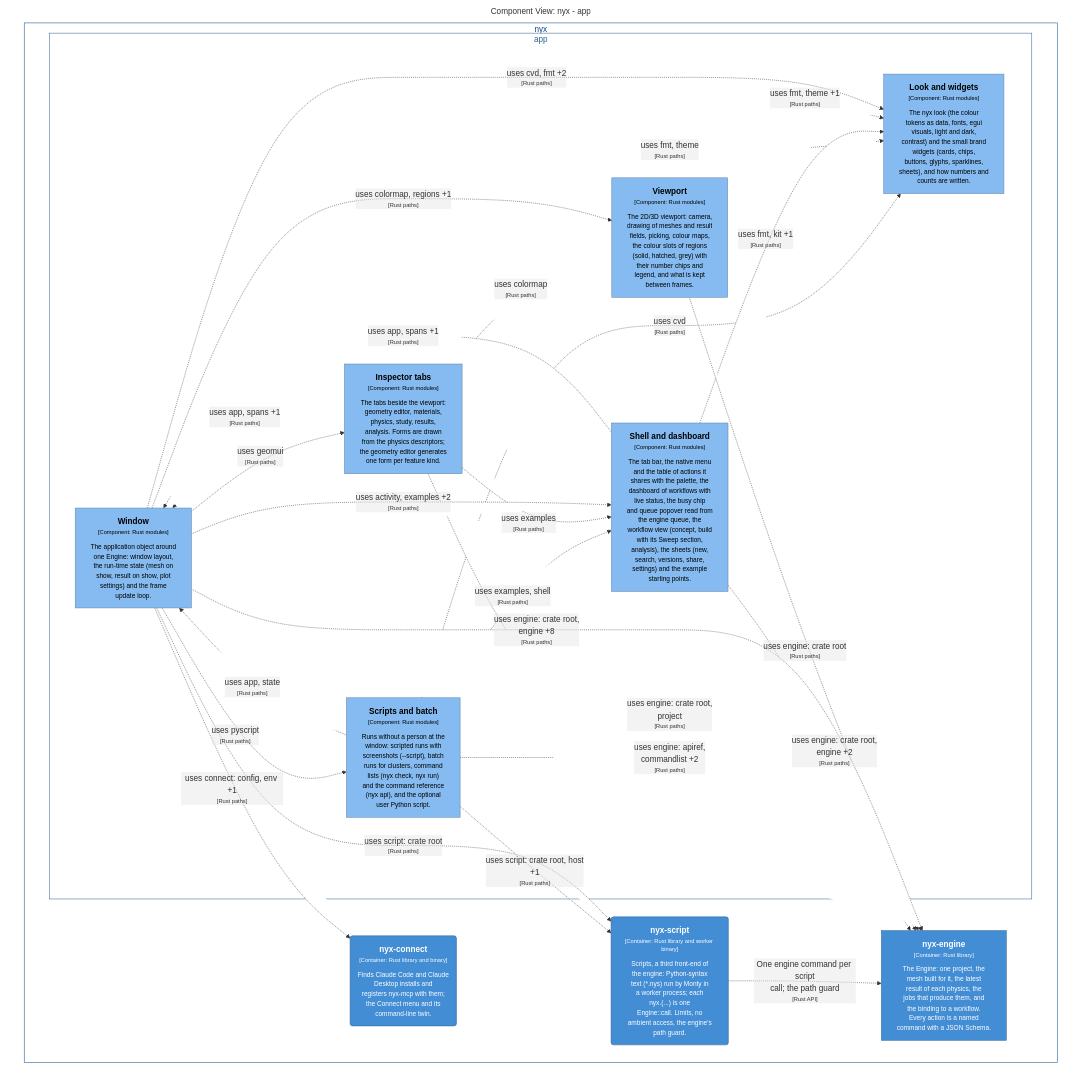
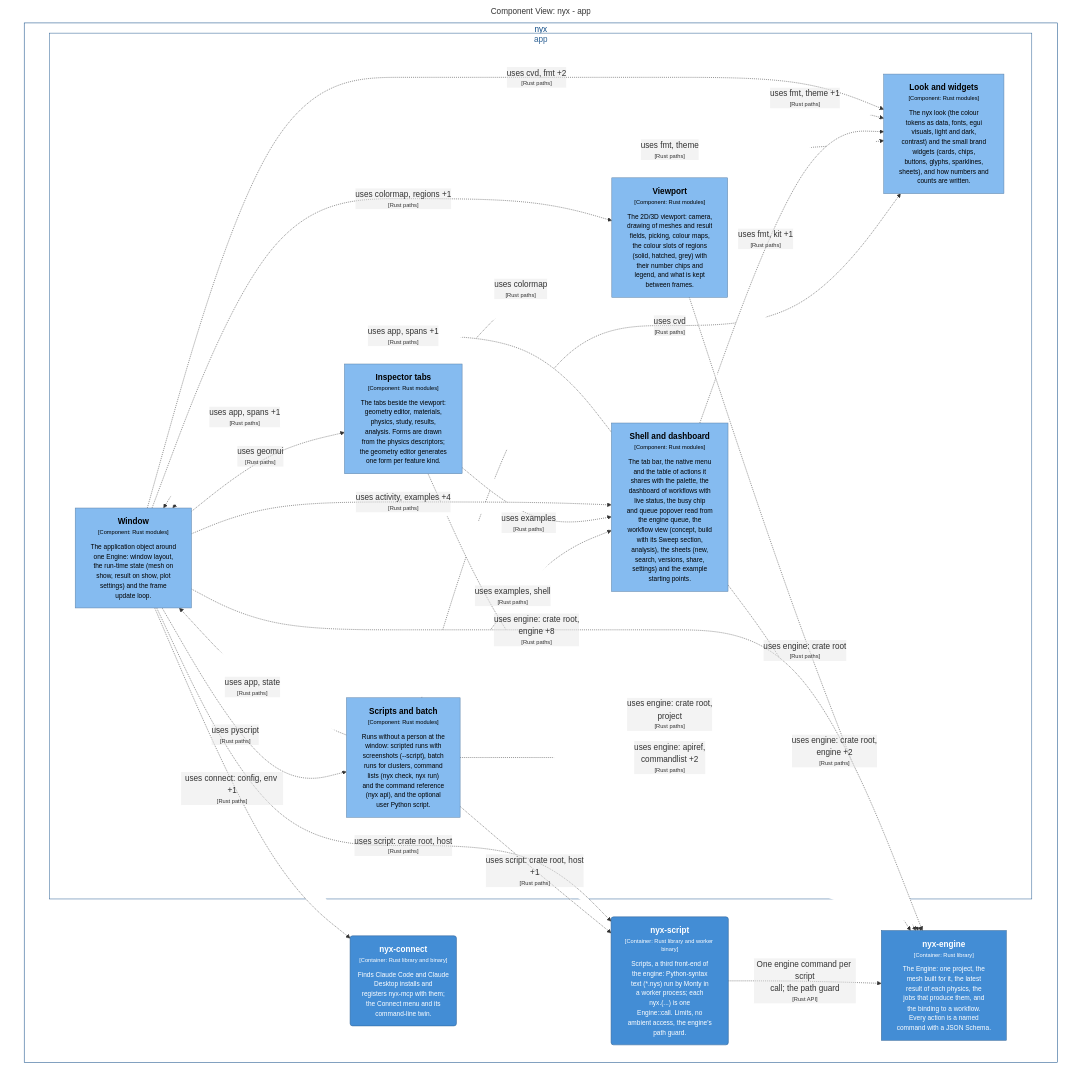
The diagram in docs/architecture/c4/export/mermaid/structurizr-Components_app.mmd (p-j-r/nyx), drawn with Mermaid before and after one commit. The commit also changed 30 other files, not shown here.

```diff
--- a/docs/architecture/c4/export/mermaid/structurizr-Components_app.mmd
+++ b/docs/architecture/c4/export/mermaid/structurizr-Components_app.mmd
@@ -1,60 +1,60 @@
 graph TB
   linkStyle default fill:#ffffff
 
   subgraph diagram ["Component View: nyx - app"]
     style diagram fill:#ffffff,stroke:#ffffff
 
     subgraph 5 ["nyx"]
       style 5 fill:#ffffff,stroke:#0b4884,color:#0b4884
 
       subgraph 6 ["app"]
         style 6 fill:#ffffff,stroke:#2e6295,color:#2e6295
 
         10["<div style='font-weight: bold'>Viewport</div><div style='font-size: 70%; margin-top: 0px'>[Component: Rust modules]</div><div style='font-size: 80%; margin-top:10px'>The 2D/3D viewport: camera,<br />drawing of meshes and result<br />fields, picking, colour maps,<br />the colour slots of regions<br />(solid, hatched, grey) with<br />their number chips and<br />legend, and what is kept<br />between frames.</div>"]
         style 10 fill:#85bbf0,stroke:#5d82a8,color:#000000
         11["<div style='font-weight: bold'>Look and widgets</div><div style='font-size: 70%; margin-top: 0px'>[Component: Rust modules]</div><div style='font-size: 80%; margin-top:10px'>The nyx look (the colour<br />tokens as data, fonts, egui<br />visuals, light and dark,<br />contrast) and the small brand<br />widgets (cards, chips,<br />buttons, glyphs, sparklines,<br />sheets), and how numbers and<br />counts are written.</div>"]
         style 11 fill:#85bbf0,stroke:#5d82a8,color:#000000
         12["<div style='font-weight: bold'>Scripts and batch</div><div style='font-size: 70%; margin-top: 0px'>[Component: Rust modules]</div><div style='font-size: 80%; margin-top:10px'>Runs without a person at the<br />window: scripted runs with<br />screenshots (--script), batch<br />runs for clusters, command<br />lists (nyx check, nyx run)<br />and the command reference<br />(nyx api), and the optional<br />user Python script.</div>"]
         style 12 fill:#85bbf0,stroke:#5d82a8,color:#000000
         7["<div style='font-weight: bold'>Window</div><div style='font-size: 70%; margin-top: 0px'>[Component: Rust modules]</div><div style='font-size: 80%; margin-top:10px'>The application object around<br />one Engine: window layout,<br />the run-time state (mesh on<br />show, result on show, plot<br />settings) and the frame<br />update loop.</div>"]
         style 7 fill:#85bbf0,stroke:#5d82a8,color:#000000
         8["<div style='font-weight: bold'>Shell and dashboard</div><div style='font-size: 70%; margin-top: 0px'>[Component: Rust modules]</div><div style='font-size: 80%; margin-top:10px'>The tab bar, the native menu<br />and the table of actions it<br />shares with the palette, the<br />dashboard of workflows with<br />live status, the busy chip<br />and queue popover read from<br />the engine queue, the<br />workflow view (concept, build<br />with its Sweep section,<br />analysis), the sheets (new,<br />search, versions, share,<br />settings) and the example<br />starting points.</div>"]
         style 8 fill:#85bbf0,stroke:#5d82a8,color:#000000
         9["<div style='font-weight: bold'>Inspector tabs</div><div style='font-size: 70%; margin-top: 0px'>[Component: Rust modules]</div><div style='font-size: 80%; margin-top:10px'>The tabs beside the viewport:<br />geometry editor, materials,<br />physics, study, results,<br />analysis. Forms are drawn<br />from the physics descriptors;<br />the geometry editor generates<br />one form per feature kind.</div>"]
         style 9 fill:#85bbf0,stroke:#5d82a8,color:#000000
       end
 
       16("<div style='font-weight: bold'>nyx-script</div><div style='font-size: 70%; margin-top: 0px'>[Container: Rust library and worker binary]</div><div style='font-size: 80%; margin-top:10px'>Scripts, a third front-end of<br />the engine: Python-syntax<br />text (*.nys) run by Monty in<br />a worker process; each<br />nyx.<command>(...) is one<br />Engine::call. Limits, no<br />ambient access, the engine's<br />path guard.</div>")
       style 16 fill:#438dd5,stroke:#2e6295,color:#ffffff
       22("<div style='font-weight: bold'>nyx-connect</div><div style='font-size: 70%; margin-top: 0px'>[Container: Rust library and binary]</div><div style='font-size: 80%; margin-top:10px'>Finds Claude Code and Claude<br />Desktop installs and<br />registers nyx-mcp with them;<br />the Connect menu and its<br />command-line twin.</div>")
       style 22 fill:#438dd5,stroke:#2e6295,color:#ffffff
       28["<div style='font-weight: bold'>nyx-engine</div><div style='font-size: 70%; margin-top: 0px'>[Container: Rust library]</div><div style='font-size: 80%; margin-top:10px'>The Engine: one project, the<br />mesh built for it, the latest<br />result of each physics, the<br />jobs that produce them, and<br />the binding to a workflow.<br />Every action is a named<br />command with a JSON Schema.</div>"]
       style 28 fill:#438dd5,stroke:#2e6295,color:#ffffff
     end
 
     16-. "<div>One engine command per script<br />call; the path guard</div><div style='font-size: 70%'>[Rust API]</div>" .->28
     12-. "<div>uses engine: apiref,<br />commandlist +2</div><div style='font-size: 70%'>[Rust paths]</div>" .->28
     12-. "<div>uses script: crate root, host<br />+1</div><div style='font-size: 70%'>[Rust paths]</div>" .->16
     12-. "<div>uses examples, shell</div><div style='font-size: 70%'>[Rust paths]</div>" .->8
     12-. "<div>uses cvd</div><div style='font-size: 70%'>[Rust paths]</div>" .->11
     12-. "<div>uses app, state</div><div style='font-size: 70%'>[Rust paths]</div>" .->7
     9-. "<div>uses engine: crate root,<br />project</div><div style='font-size: 70%'>[Rust paths]</div>" .->28
     9-. "<div>uses examples</div><div style='font-size: 70%'>[Rust paths]</div>" .->8
     9-. "<div>uses fmt, theme</div><div style='font-size: 70%'>[Rust paths]</div>" .->11
     9-. "<div>uses colormap</div><div style='font-size: 70%'>[Rust paths]</div>" .->10
     9-. "<div>uses app, spans +1</div><div style='font-size: 70%'>[Rust paths]</div>" .->7
     8-. "<div>uses engine: crate root,<br />engine +2</div><div style='font-size: 70%'>[Rust paths]</div>" .->28
     8-. "<div>uses fmt, kit +1</div><div style='font-size: 70%'>[Rust paths]</div>" .->11
     8-. "<div>uses app, spans +1</div><div style='font-size: 70%'>[Rust paths]</div>" .->7
     10-. "<div>uses engine: crate root</div><div style='font-size: 70%'>[Rust paths]</div>" .->28
     10-. "<div>uses fmt, theme +1</div><div style='font-size: 70%'>[Rust paths]</div>" .->11
     7-. "<div>uses connect: config, env +1</div><div style='font-size: 70%'>[Rust paths]</div>" .->22
     7-. "<div>uses engine: crate root,<br />engine +8</div><div style='font-size: 70%'>[Rust paths]</div>" .->28
-    7-. "<div>uses script: crate root</div><div style='font-size: 70%'>[Rust paths]</div>" .->16
+    7-. "<div>uses script: crate root, host</div><div style='font-size: 70%'>[Rust paths]</div>" .->16
     7-. "<div>uses pyscript</div><div style='font-size: 70%'>[Rust paths]</div>" .->12
     7-. "<div>uses geomui</div><div style='font-size: 70%'>[Rust paths]</div>" .->9
-    7-. "<div>uses activity, examples +2</div><div style='font-size: 70%'>[Rust paths]</div>" .->8
+    7-. "<div>uses activity, examples +4</div><div style='font-size: 70%'>[Rust paths]</div>" .->8
     7-. "<div>uses cvd, fmt +2</div><div style='font-size: 70%'>[Rust paths]</div>" .->11
     7-. "<div>uses colormap, regions +1</div><div style='font-size: 70%'>[Rust paths]</div>" .->10
 
   end
```
